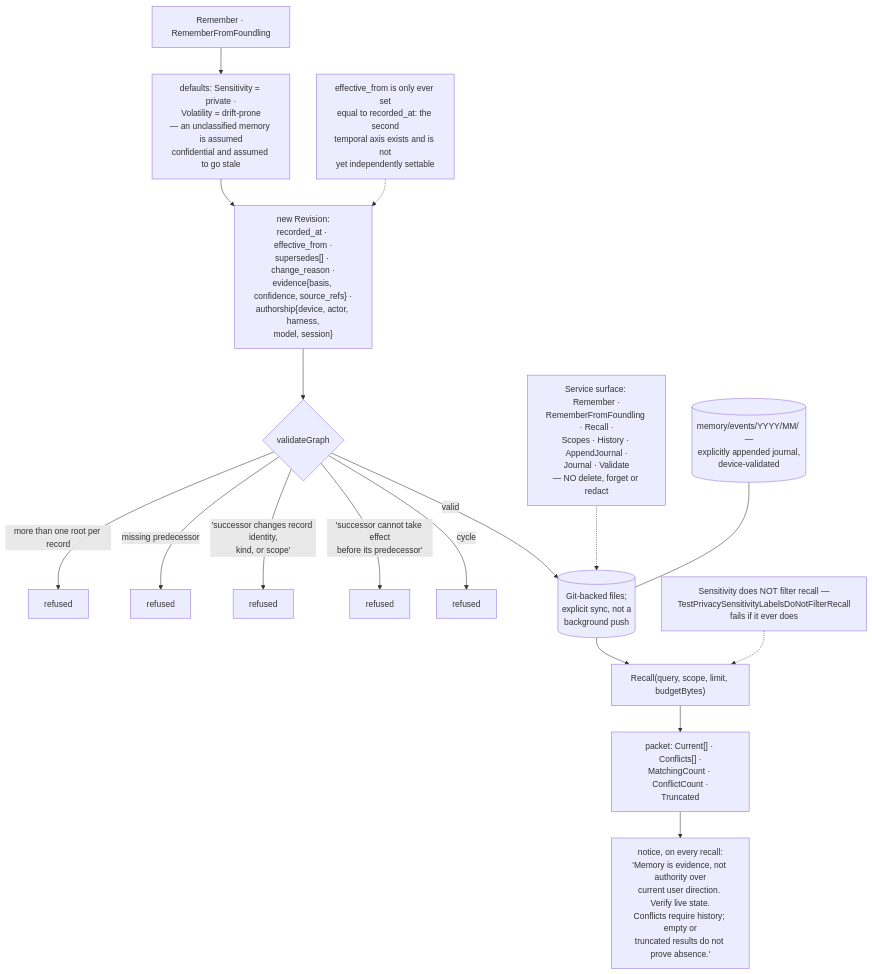
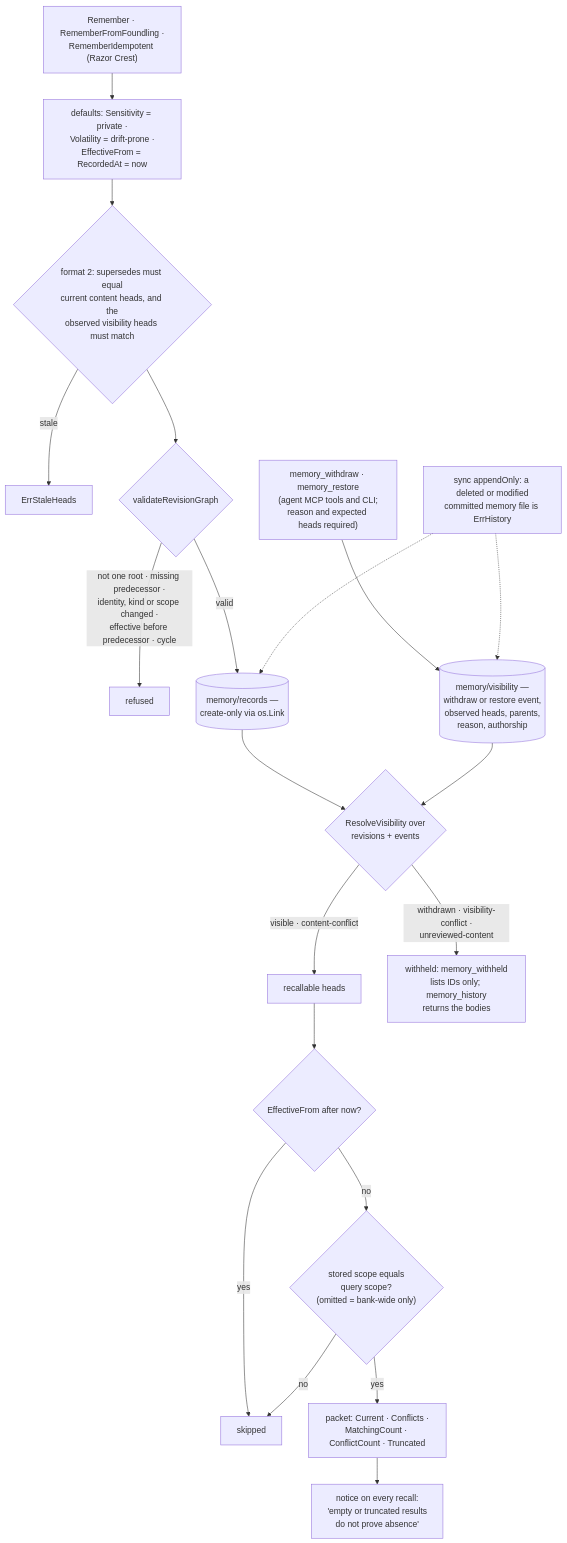
One commit to neoneye/agent-memory-atlas changed the diagram in content/systems/mandalore.md. Above: the diagram before and after it, drawn with Mermaid. The commit also changed other lines of this file and 21 other files, not shown here.

````diff
--- a/content/systems/mandalore.md
+++ b/content/systems/mandalore.md
@@ -102,20 +147,23 @@
 ```mermaid
-%% caption: every change is a new revision with authorship and a reason, validated against the supersession DAG — and recall returns conflicts and a truncation flag beside a notice that absence is not proof
+%% caption: every change is an appended, validated revision; withdraw and restore are appended events resolved with the revisions into a visibility state; recall returns only visible heads in one exact scope, with counts and a notice that absence is not proof
 flowchart TB
-    W["Remember · RememberFromFoundling"] --> DEF["defaults: Sensitivity = private ·<br/>Volatility = drift-prone<br/>— an unclassified memory is assumed<br/>confidential and assumed to go stale"]
-    DEF --> REV["new Revision:<br/>recorded_at · effective_from ·<br/>supersedes[] · change_reason ·<br/>evidence{basis, confidence, source_refs} ·<br/>authorship{device, actor, harness,<br/>model, session}"]
-    REV --> VG{"validateGraph"}
-    VG -->|"more than one root per record"| X1["refused"]
-    VG -->|"missing predecessor"| X2["refused"]
-    VG -->|"'successor changes record identity,<br/>kind, or scope'"| X3["refused"]
-    VG -->|"'successor cannot take effect<br/>before its predecessor'"| X4["refused"]
-    VG -->|"cycle"| X5["refused"]
-    VG -->|"valid"| STORE[("Git-backed files;<br/>explicit sync, not a<br/>background push")]
-    NODEL["Service surface: Remember ·<br/>RememberFromFoundling · Recall ·<br/>Scopes · History · AppendJournal ·<br/>Journal · Validate<br/>— NO delete, forget or redact"] -.-> STORE
-    STORE --> R["Recall(query, scope, limit, budgetBytes)"]
-    R --> PK["packet: Current[] · Conflicts[] ·<br/>MatchingCount · ConflictCount ·<br/>Truncated"]
-    PK --> NOTE["notice, on every recall:<br/>'Memory is evidence, not authority over<br/>current user direction. Verify live state.<br/>Conflicts require history; empty or<br/>truncated results do not prove absence.'"]
-    SENS["Sensitivity does NOT filter recall —<br/>TestPrivacySensitivityLabelsDoNotFilterRecall<br/>fails if it ever does"] -.-> R
-    EFF["effective_from is only ever set<br/>equal to recorded_at: the second<br/>temporal axis exists and is not<br/>yet independently settable"] -.-> REV
-    J[("memory/events/YYYY/MM/ —<br/>explicitly appended journal,<br/>device-validated")] --- STORE
+    W["Remember · RememberFromFoundling ·<br/>RememberIdempotent (Razor Crest)"] --> DEF["defaults: Sensitivity = private ·<br/>Volatility = drift-prone ·<br/>EffectiveFrom = RecordedAt = now"]
+    DEF --> CAS{"format 2: supersedes must equal<br/>current content heads, and the<br/>observed visibility heads must match"}
+    CAS -->|"stale"| XS["ErrStaleHeads"]
+    CAS --> VG{"validateRevisionGraph"}
+    VG -->|"not one root · missing predecessor ·<br/>identity, kind or scope changed ·<br/>effective before predecessor · cycle"| XR["refused"]
+    VG -->|"valid"| REC[("memory/records —<br/>create-only via os.Link")]
+    WD["memory_withdraw · memory_restore<br/>(agent MCP tools and CLI;<br/>reason and expected heads required)"] --> VE[("memory/visibility —<br/>withdraw or restore event,<br/>observed heads, parents,<br/>reason, authorship")]
+    REC --> RES{"ResolveVisibility over<br/>revisions + events"}
+    VE --> RES
+    RES -->|"visible · content-conflict"| RH["recallable heads"]
+    RES -->|"withdrawn · visibility-conflict ·<br/>unreviewed-content"| WH["withheld: memory_withheld<br/>lists IDs only; memory_history<br/>returns the bodies"]
+    RH --> FUT{"EffectiveFrom after now?"}
+    FUT -->|"yes"| SKIP["skipped"]
+    FUT -->|"no"| SC{"stored scope equals<br/>query scope?<br/>(omitted = bank-wide only)"}
+    SC -->|"no"| SKIP
+    SC -->|"yes"| PK["packet: Current · Conflicts ·<br/>MatchingCount · ConflictCount · Truncated"]
+    PK --> NOTE["notice on every recall:<br/>'empty or truncated results<br/>do not prove absence'"]
+    SYNC["sync appendOnly: a deleted or modified<br/>committed memory file is ErrHistory"] -.-> REC
+    SYNC -.-> VE
 ```
````
